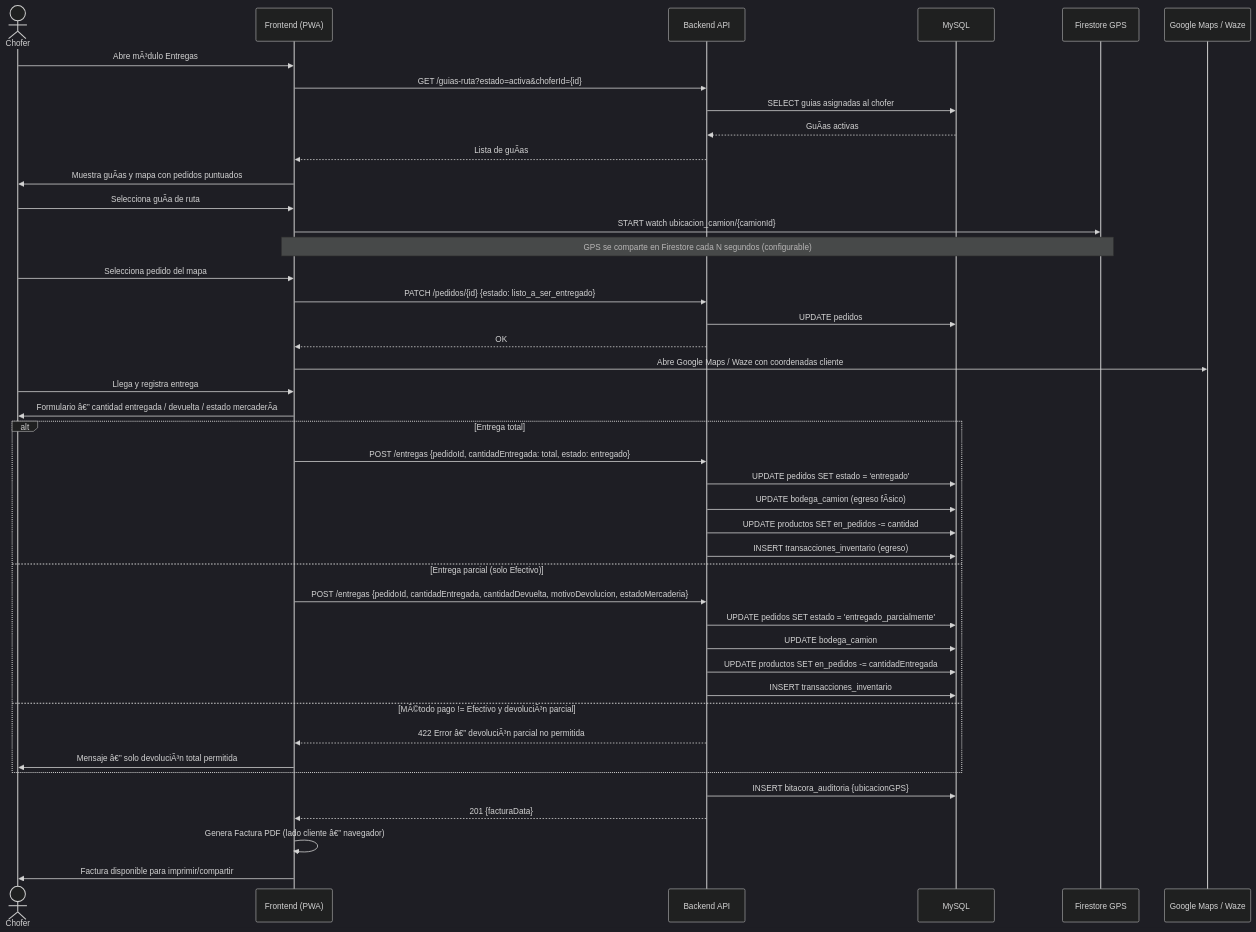
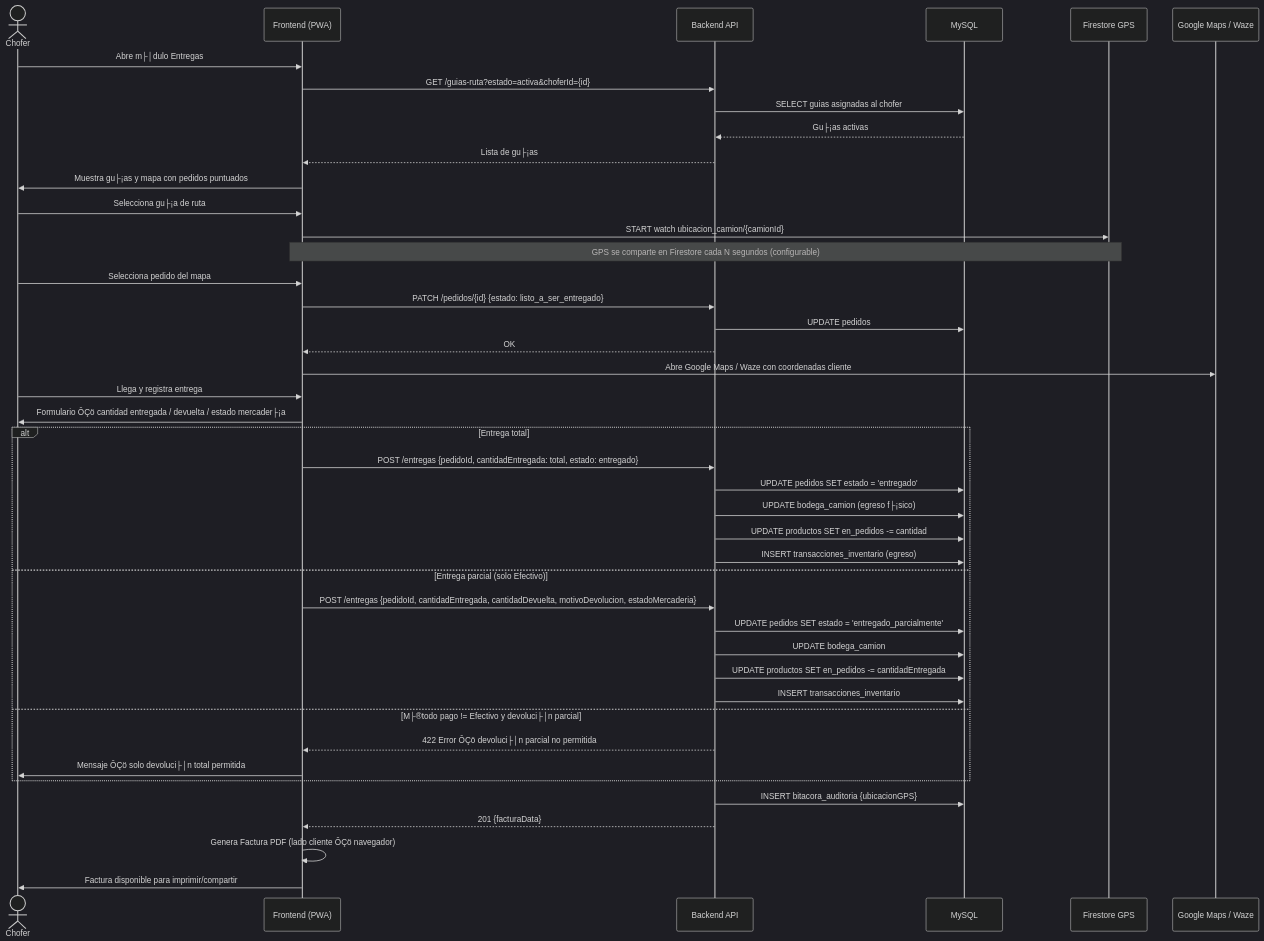
The fifth of 23 diagrams in docs/especificacion.md (UNIPI6TO/PI-ECOMMERCE-FRITOLAY), drawn with Mermaid (dark theme) before and after one commit. The commit also changed other lines of this file, not shown here.

````diff
--- a/docs/especificacion.md
+++ b/docs/especificacion.md
@@ -1006,51 +1006,51 @@
 ```mermaid
 sequenceDiagram
     actor Chofer
     participant FE as Frontend (PWA)
     participant API as Backend API
     participant DB as MySQL
     participant FS as Firestore GPS
     participant ExtMap as Google Maps / Waze
 
-    Chofer->>FE: Abre mÃ³dulo Entregas
+    Chofer->>FE: Abre m├│dulo Entregas
     FE->>API: GET /guias-ruta?estado=activa&choferId={id}
     API->>DB: SELECT guias asignadas al chofer
-    DB-->>API: GuÃ­as activas
-    API-->>FE: Lista de guÃ­as
-    FE->>Chofer: Muestra guÃ­as y mapa con pedidos puntuados
+    DB-->>API: Gu├¡as activas
+    API-->>FE: Lista de gu├¡as
+    FE->>Chofer: Muestra gu├¡as y mapa con pedidos puntuados
 
-    Chofer->>FE: Selecciona guÃ­a de ruta
+    Chofer->>FE: Selecciona gu├¡a de ruta
     FE->>FS: START watch ubicacion_camion/{camionId}
     Note over FE,FS: GPS se comparte en Firestore cada N segundos (configurable)
 
     Chofer->>FE: Selecciona pedido del mapa
     FE->>API: PATCH /pedidos/{id} {estado: listo_a_ser_entregado}
     API->>DB: UPDATE pedidos
     API-->>FE: OK
     FE->>ExtMap: Abre Google Maps / Waze con coordenadas cliente
 
     Chofer->>FE: Llega y registra entrega
-    FE->>Chofer: Formulario â€” cantidad entregada / devuelta / estado mercaderÃ­a
+    FE->>Chofer: Formulario ÔÇö cantidad entregada / devuelta / estado mercader├¡a
 
     alt Entrega total
         FE->>API: POST /entregas {pedidoId, cantidadEntregada: total, estado: entregado}
         API->>DB: UPDATE pedidos SET estado = 'entregado'
-        API->>DB: UPDATE bodega_camion (egreso fÃ­sico)
+        API->>DB: UPDATE bodega_camion (egreso f├¡sico)
         API->>DB: UPDATE productos SET en_pedidos -= cantidad
         API->>DB: INSERT transacciones_inventario (egreso)
     else Entrega parcial (solo Efectivo)
         FE->>API: POST /entregas {pedidoId, cantidadEntregada, cantidadDevuelta, motivoDevolucion, estadoMercaderia}
         API->>DB: UPDATE pedidos SET estado = 'entregado_parcialmente'
         API->>DB: UPDATE bodega_camion
         API->>DB: UPDATE productos SET en_pedidos -= cantidadEntregada
         API->>DB: INSERT transacciones_inventario
-    else MÃ©todo pago != Efectivo y devoluciÃ³n parcial
-        API-->>FE: 422 Error â€” devoluciÃ³n parcial no permitida
-        FE->>Chofer: Mensaje â€” solo devoluciÃ³n total permitida
+    else M├®todo pago != Efectivo y devoluci├│n parcial
+        API-->>FE: 422 Error ÔÇö devoluci├│n parcial no permitida
+        FE->>Chofer: Mensaje ÔÇö solo devoluci├│n total permitida
     end
 
     API->>DB: INSERT bitacora_auditoria {ubicacionGPS}
     API-->>FE: 201 {facturaData}
-    FE->>FE: Genera Factura PDF (lado cliente â€” navegador)
+    FE->>FE: Genera Factura PDF (lado cliente ÔÇö navegador)
     FE->>Chofer: Factura disponible para imprimir/compartir
 ```
````
